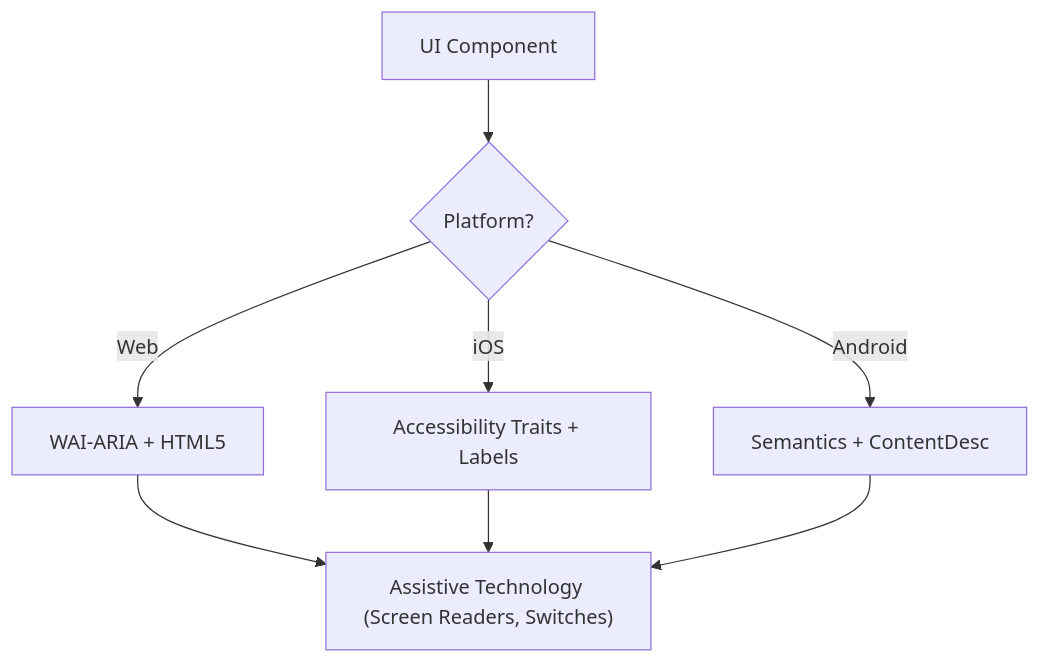
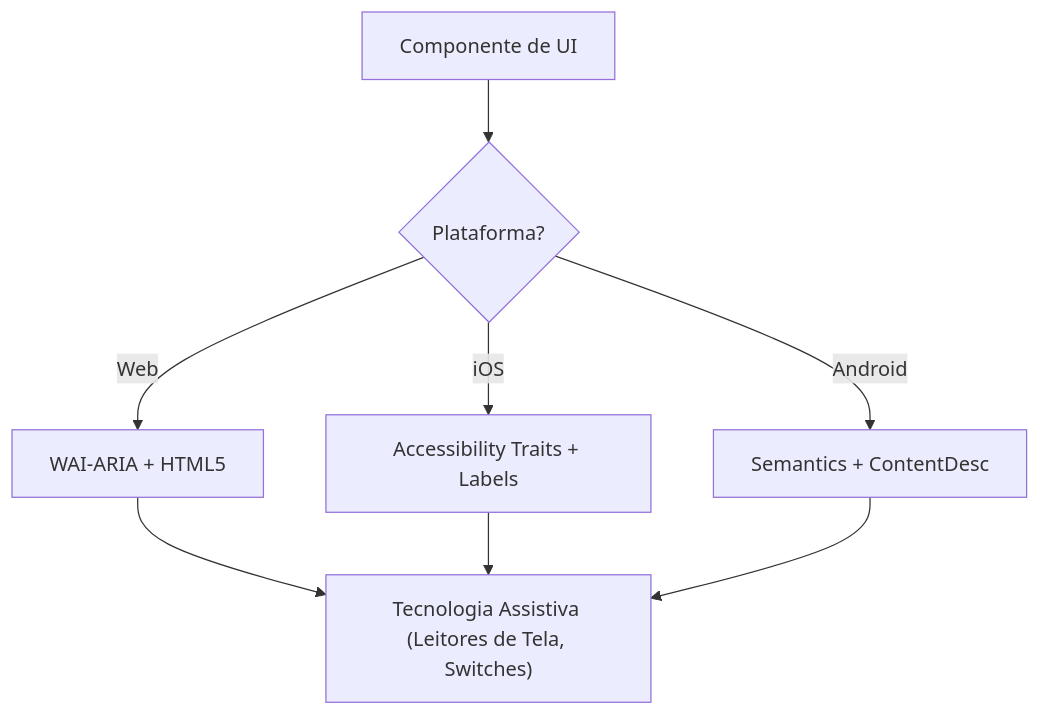
One commit to CharlieBellow/dev-governance changed the diagram in .agents/global/skills/accessibility/SKILL.md. Above: the diagram before and after it, drawn with Mermaid. The commit also changed other lines of this file and 55 other files, not shown here.

````diff
--- a/.agents/global/skills/accessibility/SKILL.md
+++ b/.agents/global/skills/accessibility/SKILL.md
@@ -58,11 +58,11 @@
 ```mermaid
 flowchart TD
-  UI["UI Component"] --> Platform{Platform?}
+  UI["Componente de UI"] --> Platform{Plataforma?}
   Platform -->|Web| ARIA["WAI-ARIA + HTML5"]
   Platform -->|iOS| SwiftUI["Accessibility Traits + Labels"]
   Platform -->|Android| Compose["Semantics + ContentDesc"]
 
-  ARIA --> AT["Assistive Technology (Screen Readers, Switches)"]
+  ARIA --> AT["Tecnologia Assistiva (Leitores de Tela, Switches)"]
   SwiftUI --> AT
   Compose --> AT
 ```
````
